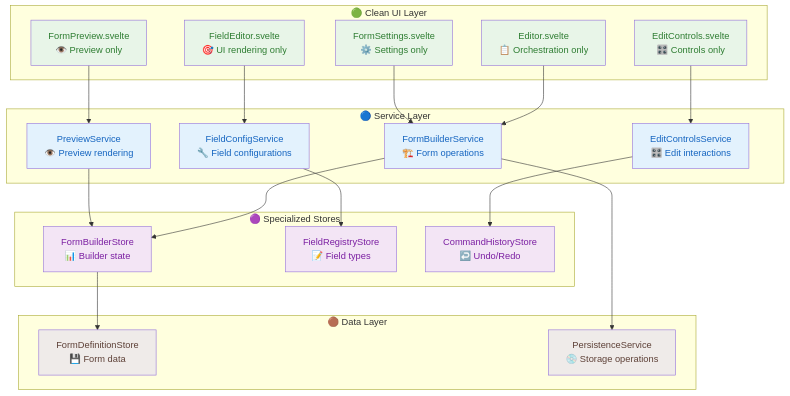
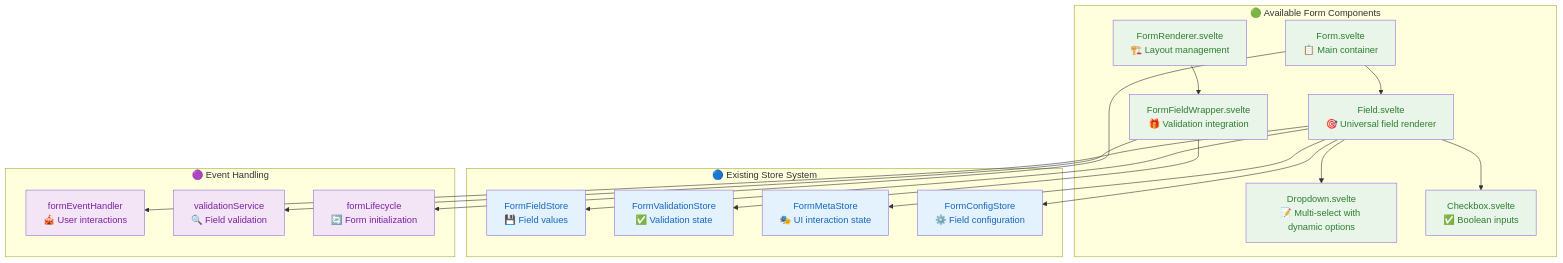
One commit to byjackli/sadforms changed the second of 15 diagrams in Docs/FORM_BUILDER_REFACTORING_DESIGN.md. Above: the diagram before and after it, drawn with Mermaid. The commit also changed other lines of this file and 6 other files, not shown here.

````diff
--- a/Docs/FORM_BUILDER_REFACTORING_DESIGN.md
+++ b/Docs/FORM_BUILDER_REFACTORING_DESIGN.md
@@ -84,57 +108,52 @@
 ```mermaid
 graph TD
-    subgraph "🟢 Clean UI Layer"
-        A[Editor.svelte<br/>📋 Orchestration only]
-        B[FieldEditor.svelte<br/>🎯 UI rendering only]
-        C[FormPreview.svelte<br/>👁️ Preview only]
-        D[EditControls.svelte<br/>🎛️ Controls only]
-        E[FormSettings.svelte<br/>⚙️ Settings only]
+    subgraph "🟢 Available Form Components"
+        A[Form.svelte<br/>📋 Main container]
+        B[Field.svelte<br/>🎯 Universal field renderer]
+        C[Dropdown.svelte<br/>📝 Multi-select with dynamic options]
+        D[Checkbox.svelte<br/>✅ Boolean inputs]
+        E[FormRenderer.svelte<br/>🏗️ Layout management]
+        F[FormFieldWrapper.svelte<br/>🎁 Validation integration]
     end
     
-    subgraph "🔵 Service Layer"
-        F[FormBuilderService<br/>🏗️ Form operations]
-        G[FieldConfigService<br/>🔧 Field configurations]
-        H[PreviewService<br/>👁️ Preview rendering]
-        I[EditControlsService<br/>🎛️ Edit interactions]
+    subgraph "🔵 Existing Store System"
+        G[FormFieldStore<br/>💾 Field values]
+        H[FormValidationStore<br/>✅ Validation state]
+        I[FormMetaStore<br/>🎭 UI interaction state]
+        J[FormConfigStore<br/>⚙️ Field configuration]
     end
     
-    subgraph "🟣 Specialized Stores"
-        J[FormBuilderStore<br/>📊 Builder state]
-        K[FieldRegistryStore<br/>📝 Field types]
-        L[CommandHistoryStore<br/>↩️ Undo/Redo]
+    subgraph "🟣 Event Handling"
+        K[formEventHandler<br/>🎪 User interactions]
+        L[validationService<br/>🔍 Field validation]
+        M[formLifecycle<br/>🔄 Form initialization]
     end
     
-    subgraph "🟤 Data Layer"
-        M[FormDefinitionStore<br/>💾 Form data]
-        N[PersistenceService<br/>💿 Storage operations]
-    end
-    
-    A --> F
-    B --> G
-    C --> H
-    D --> I
+    A --> B
+    B --> C
+    B --> D
     E --> F
     
-    F --> J
-    G --> K
-    H --> J
-    I --> L
+    B --> G
+    F --> H
+    B --> I
+    B --> J
     
-    J --> M
-    F --> N
+    B --> K
+    F --> L
+    A --> M
     
     style A fill:#e8f5e8,color:#2e7d32
     style B fill:#e8f5e8,color:#2e7d32
     style C fill:#e8f5e8,color:#2e7d32
     style D fill:#e8f5e8,color:#2e7d32
     style E fill:#e8f5e8,color:#2e7d32
-    style F fill:#e3f2fd,color:#1565c0
+    style F fill:#e8f5e8,color:#2e7d32
     style G fill:#e3f2fd,color:#1565c0
     style H fill:#e3f2fd,color:#1565c0
     style I fill:#e3f2fd,color:#1565c0
-    style J fill:#f3e5f5,color:#7b1fa2
+    style J fill:#e3f2fd,color:#1565c0
     style K fill:#f3e5f5,color:#7b1fa2
     style L fill:#f3e5f5,color:#7b1fa2
-    style M fill:#efebe9,color:#5d4037
-    style N fill:#efebe9,color:#5d4037
+    style M fill:#f3e5f5,color:#7b1fa2
 ```
````
